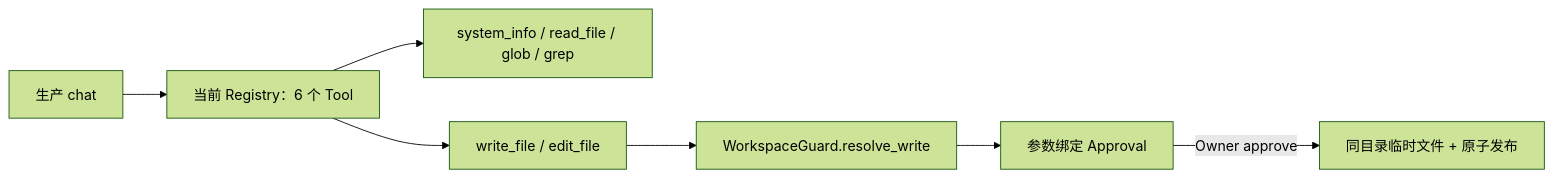
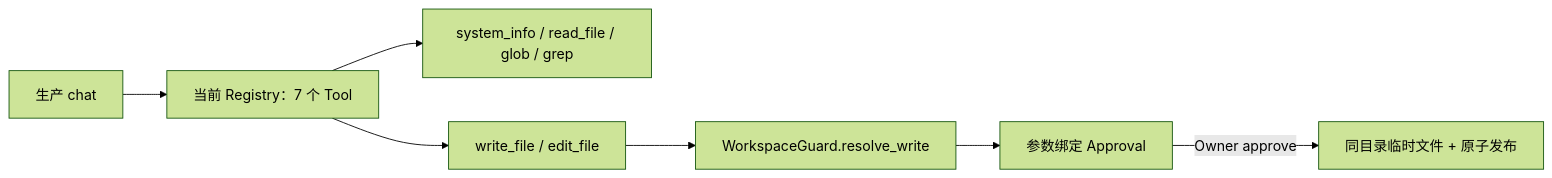
Before and after one commit to NEDONION/lobster0: the first of 3 diagrams in docs/engineering/phase-2/filesystem-tools.md, drawn with Mermaid (forest theme). The commit also changed other lines of this file and 20 other files, not shown here.

````diff
--- a/docs/engineering/phase-2/filesystem-tools.md
+++ b/docs/engineering/phase-2/filesystem-tools.md
@@ -25,9 +25,9 @@
 ```mermaid
 flowchart LR
-    MODEL["生产 chat"] --> REGISTRY["当前 Registry：6 个 Tool"]
+    MODEL["生产 chat"] --> REGISTRY["当前 Registry：7 个 Tool"]
     REGISTRY --> READ["system_info / read_file / glob / grep"]
     REGISTRY --> WRITE["write_file / edit_file"]
     WRITE --> GUARD["WorkspaceGuard.resolve_write"]
     GUARD --> APPROVAL["参数绑定 Approval"]
     APPROVAL -->|"Owner approve"| ATOMIC["同目录临时文件 + 原子发布"]
 ```
````
